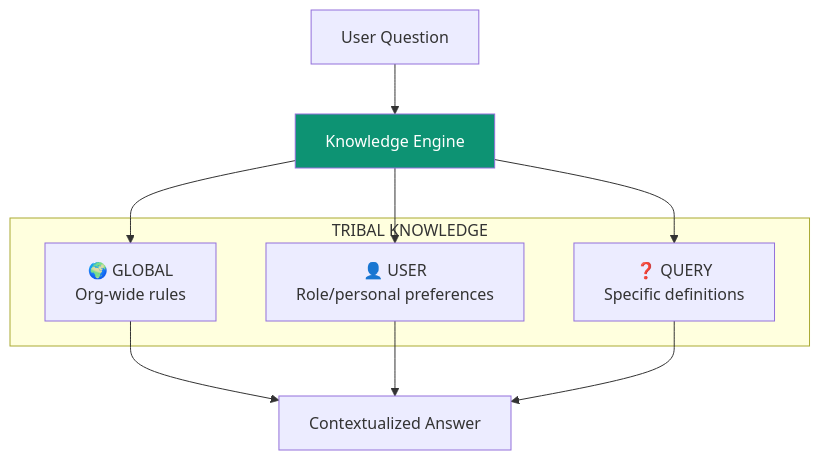
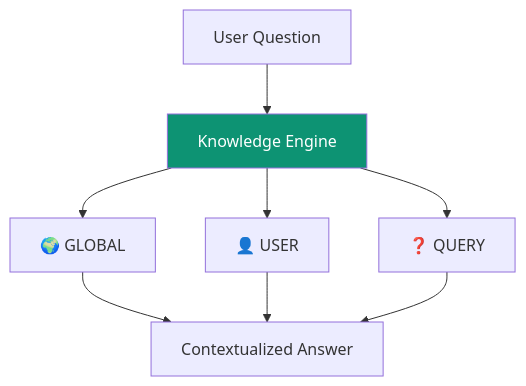
Before and after one commit to ashishsuperatom/tech-docs: the second of 4 diagrams in introduction/core-concepts.mdx, drawn with Mermaid. The commit also changed 13 other files, not shown here.

First line of the commit message:
Add Superatom AI logo and fix Mermaid diagram rendering

````diff
--- a/introduction/core-concepts.mdx
+++ b/introduction/core-concepts.mdx
@@ -70,16 +70,8 @@
 ```mermaid
-flowchart TB
-    subgraph LEVELS["TRIBAL KNOWLEDGE"]
-        G["🌍 GLOBAL<br>Org-wide rules"]
-        U["👤 USER<br>Role/personal preferences"]
-        Q["❓ QUERY<br>Specific definitions"]
-    end
-
+flowchart TD
     QUESTION["User Question"] --> ENGINE["Knowledge Engine"]
-    ENGINE --> G
-    ENGINE --> U
-    ENGINE --> Q
+    ENGINE --> G["🌍 GLOBAL"] & U["👤 USER"] & Q["❓ QUERY"]
     G & U & Q --> ANSWER["Contextualized Answer"]
 
     style ENGINE fill:#0D9373,color:#fff
 ```
````
